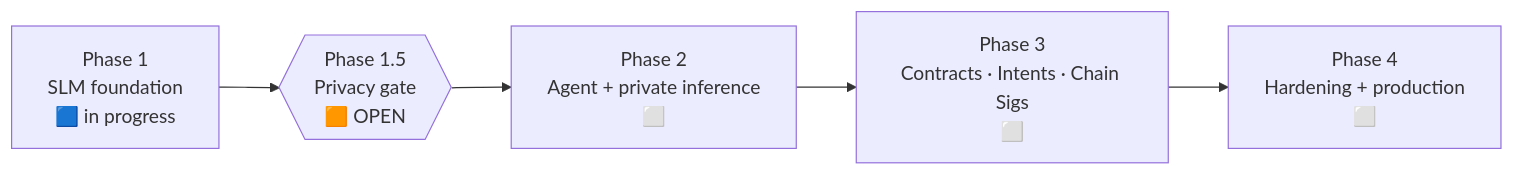
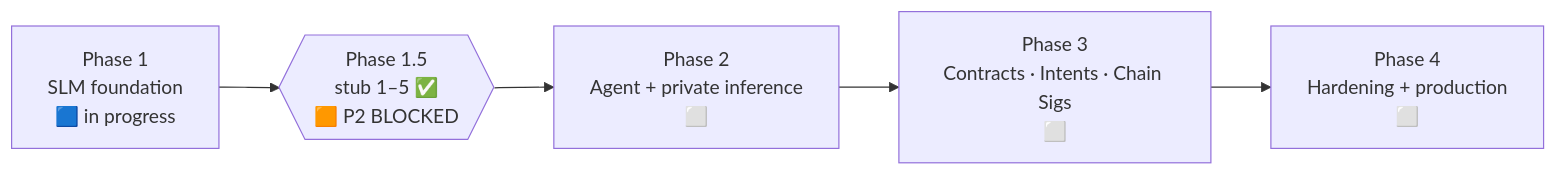
One commit to 9lordisgod/salomon changed the fourth of 4 diagrams in README.md. Above: the diagram before and after it, drawn with Mermaid. The commit also changed other lines of this file and 3 other files, not shown here.

Commit message:
docs: Phase 1.5 items 1-5 stub signed off; Phase 2 still blocked (README/STATUS/ROADMAP/PROGRESS)

````diff
--- a/README.md
+++ b/README.md
@@ -108,7 +108,7 @@
 ```mermaid
 flowchart LR
-  P1["Phase 1<br/>SLM foundation<br/>🟦 in progress"] --> G{{"Phase 1.5<br/>Privacy gate<br/>🟧 OPEN"}}
+  P1["Phase 1<br/>SLM foundation<br/>🟦 in progress"] --> G{{"Phase 1.5<br/>stub 1–5 ✅<br/>🟧 P2 BLOCKED"}}
   G --> P2["Phase 2<br/>Agent + private inference<br/>⬜"]
   P2 --> P3["Phase 3<br/>Contracts · Intents · Chain Sigs<br/>⬜"]
   P3 --> P4["Phase 4<br/>Hardening + production<br/>⬜"]
 ```
````
